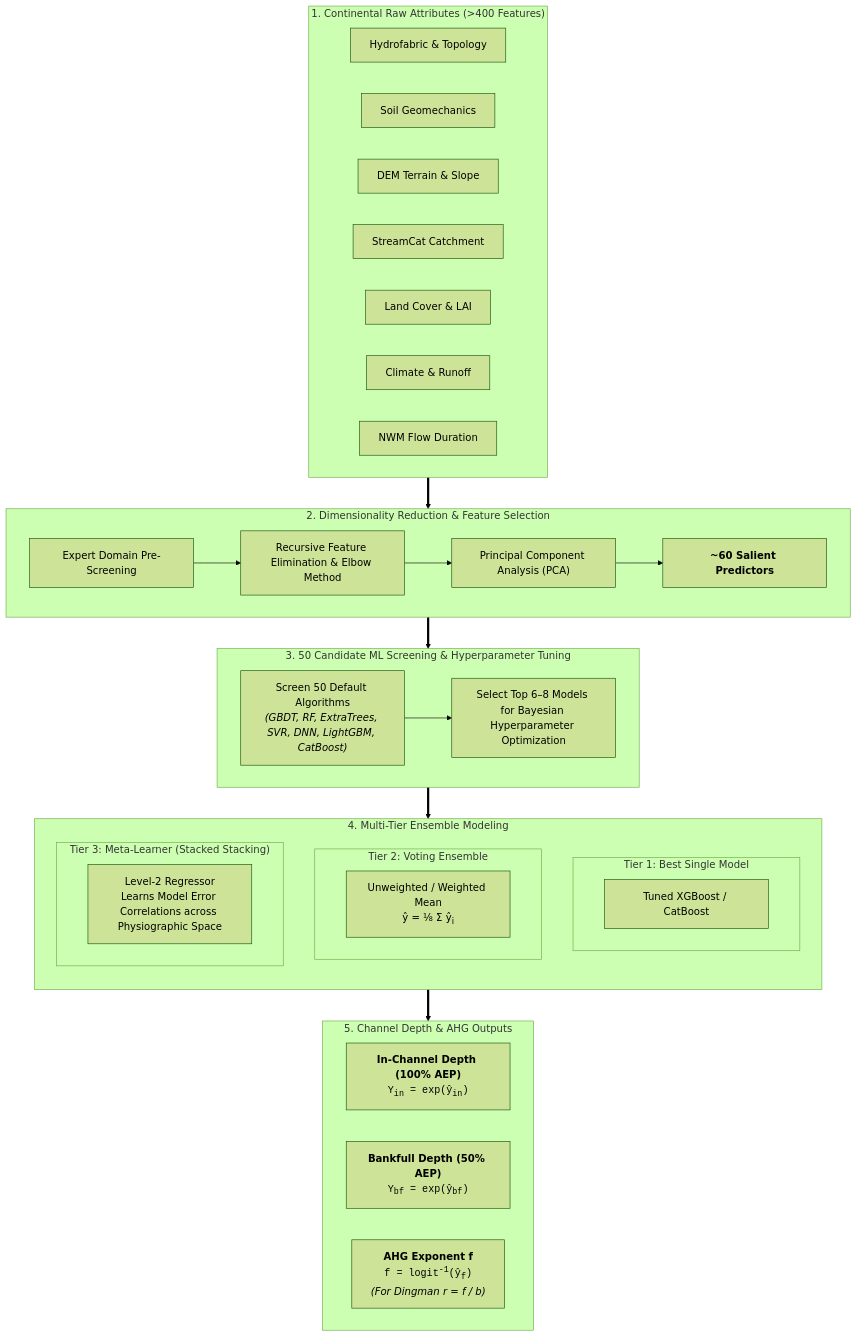
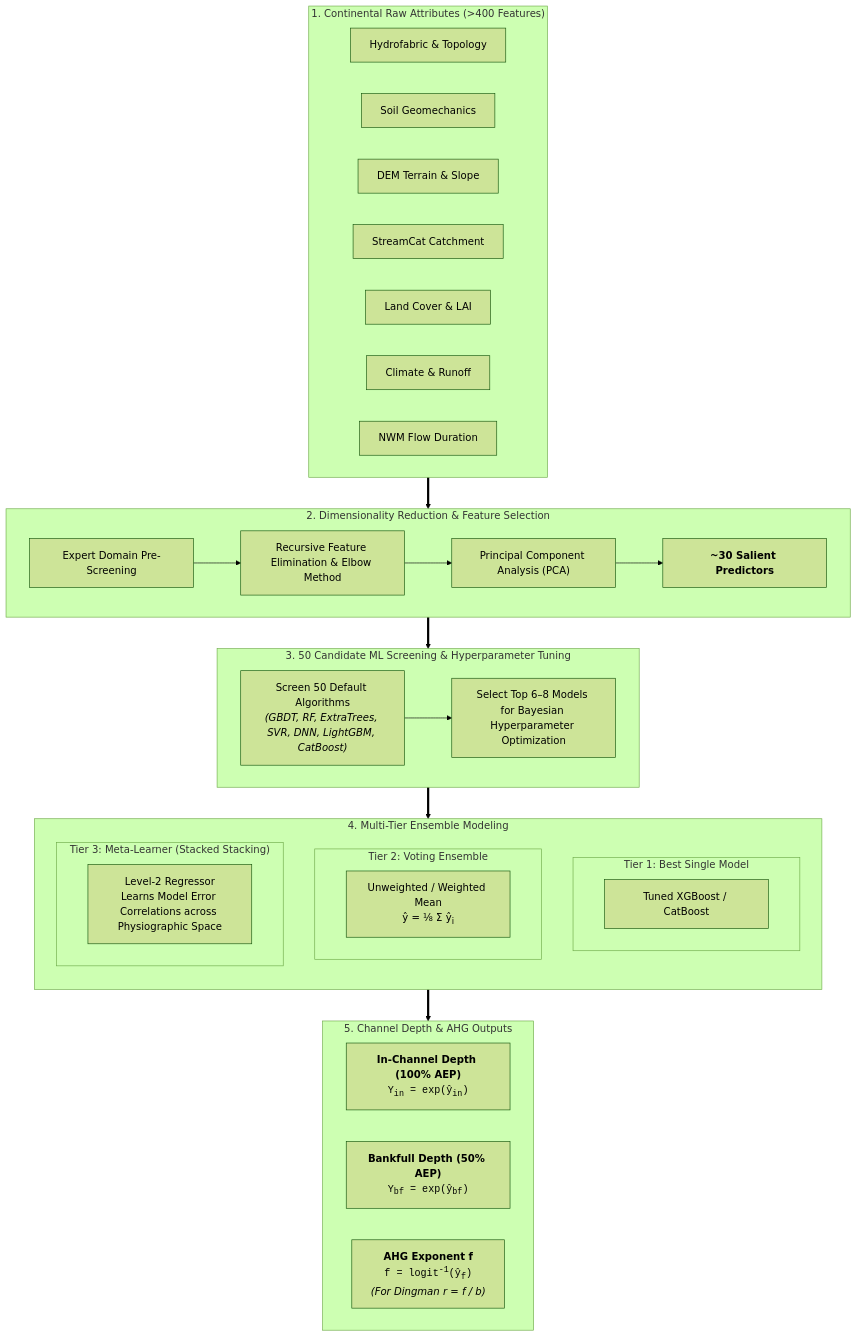
The first of 2 diagrams in docs/v1.0/y/models.md (arashmodrad/ml_web), drawn with Mermaid (forest theme) before and after one commit. The commit also changed other lines of this file and 33 other files, not shown here.

````diff
--- a/docs/v1.0/y/models.md
+++ b/docs/v1.0/y/models.md
@@ -15,55 +15,55 @@
 ```mermaid
 flowchart TD
     subgraph RAW ["1. Continental Raw Attributes (>400 Features)"]
         direction LR
         F1["Hydrofabric & Topology"]
         F2["Soil Geomechanics"]
         F3["DEM Terrain & Slope"]
         F4["StreamCat Catchment"]
         F5["Land Cover & LAI"]
         F6["Climate & Runoff"]
         F7["NWM Flow Duration"]
     end
 
     subgraph REDUCE ["2. Dimensionality Reduction & Feature Selection"]
         EXP["Expert Domain Pre-Screening"]
         RFE["Recursive Feature Elimination & Elbow Method"]
         PCA["Principal Component Analysis (PCA)"]
-        TOP60["<b>~60 Salient Predictors</b>"]
-        EXP --> RFE --> PCA --> TOP60
+        TOP30["<b>~30 Salient Predictors</b>"]
+        EXP --> RFE --> PCA --> TOP30
     end
 
     subgraph SELECTION ["3. 50 Candidate ML Screening & Hyperparameter Tuning"]
         CAND["Screen 50 Default Algorithms<br/><i>(GBDT, RF, ExtraTrees, SVR, DNN, LightGBM, CatBoost)</i>"]
         TOP_MODELS["Select Top 6–8 Models for Bayesian Hyperparameter Optimization"]
         CAND --> TOP_MODELS
     end
 
     subgraph ENSEMBLE ["4. Multi-Tier Ensemble Modeling"]
         direction TB
         subgraph T1 ["Tier 1: Best Single Model"]
             M_BEST["Tuned XGBoost / CatBoost"]
         end
         subgraph T2 ["Tier 2: Voting Ensemble"]
             M_VOTE["Unweighted / Weighted Mean<br/>&ycirc; = &frac18; &Sigma; &ycirc;<sub>i</sub>"]
         end
         subgraph T3 ["Tier 3: Meta-Learner (Stacked Stacking)"]
             M_META["Level-2 Regressor<br/>Learns Model Error Correlations across Physiographic Space"]
         end
     end
 
     subgraph OUTPUT ["5. Channel Depth & AHG Outputs"]
         direction LR
         P_IN["<b>In-Channel Depth (100% AEP)</b><br/><code>Y<sub>in</sub> = exp(ŷ<sub>in</sub>)</code>"]
         P_BF["<b>Bankfull Depth (50% AEP)</b><br/><code>Y<sub>bf</sub> = exp(ŷ<sub>bf</sub>)</code>"]
         P_FHG["<b>AHG Exponent f</b><br/><code>f = logit<sup>-1</sup>(ŷ<sub>f</sub>)</code><br/><i>(For Dingman r = f / b)</i>"]
     end
 
     RAW ==> REDUCE ==> SELECTION ==> ENSEMBLE ==> OUTPUT
 
     class ENSEMBLE highlight-blue;
     class T3 highlight-blue;
     class P_IN highlight-teal;
     class P_BF highlight-orange;
     class P_FHG highlight-blue;
 ```
````
